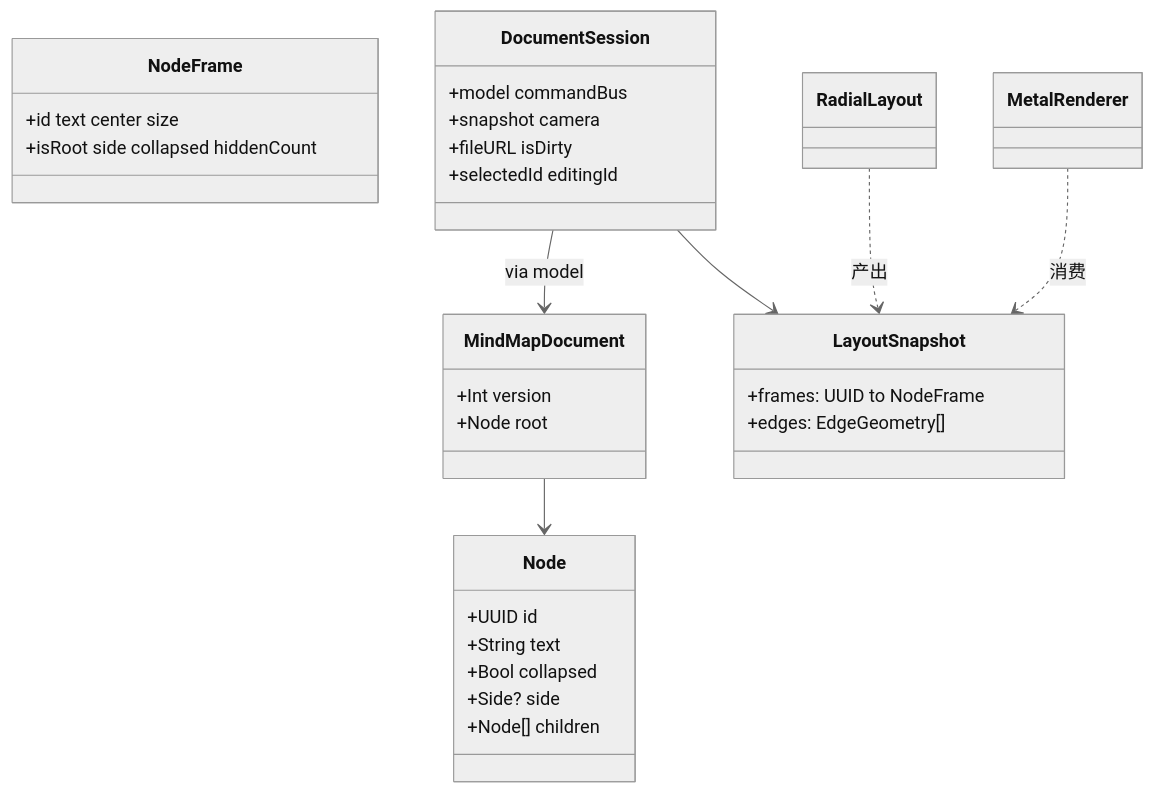
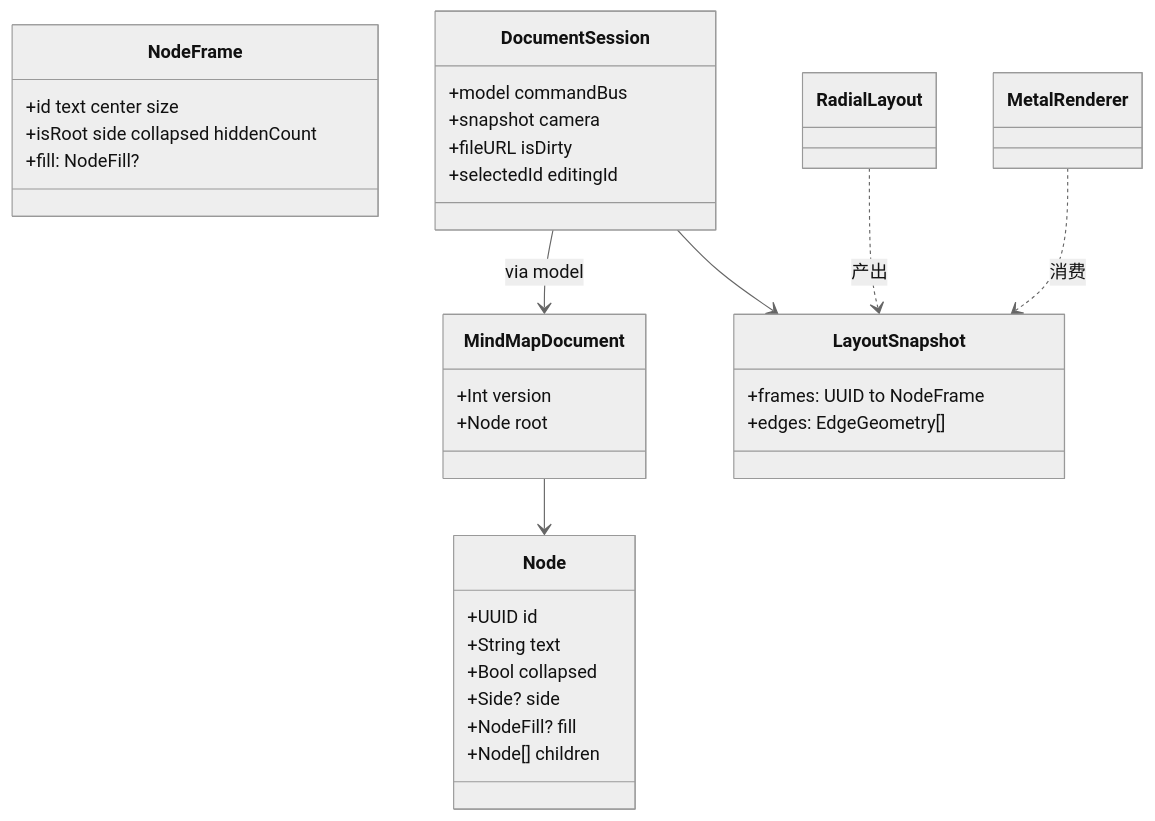
One commit to LieonShelly/Linva changed the third of 5 diagrams in docs/架构现状.md. Above: the diagram before and after it, drawn with Mermaid (neutral theme). The commit also changed other lines of this file and 2 other files, not shown here.

````diff
--- a/docs/架构现状.md
+++ b/docs/架构现状.md
@@ -146,33 +146,35 @@
 ```mermaid
 classDiagram
   class MindMapDocument {
     +Int version
     +Node root
   }
   class Node {
     +UUID id
     +String text
     +Bool collapsed
     +Side? side
+    +NodeFill? fill
     +Node[] children
   }
   class LayoutSnapshot {
     +frames: UUID to NodeFrame
     +edges: EdgeGeometry[]
   }
   class NodeFrame {
     +id text center size
     +isRoot side collapsed hiddenCount
+    +fill: NodeFill?
   }
   class DocumentSession {
     +model commandBus
     +snapshot camera
     +fileURL isDirty
     +selectedId editingId
   }
   MindMapDocument --> Node
   DocumentSession --> MindMapDocument : via model
   DocumentSession --> LayoutSnapshot
   RadialLayout ..> LayoutSnapshot : 产出
   MetalRenderer ..> LayoutSnapshot : 消费
 ```
````
